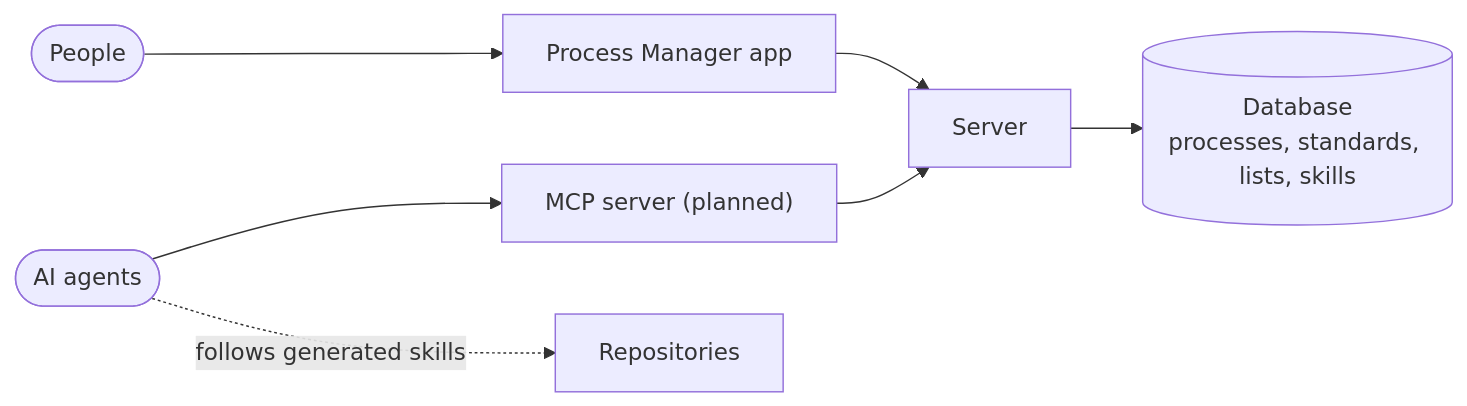
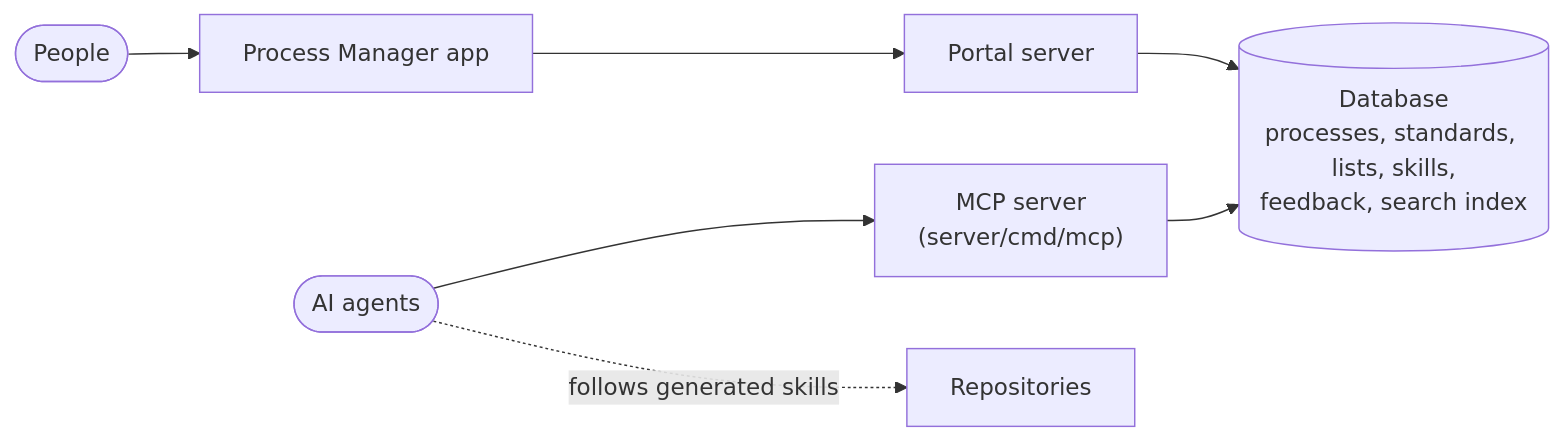
The diagram in docs/mcp.md (kubek80/process-manager), drawn with Mermaid before and after one commit. The commit also changed other lines of this file and 7 other files, not shown here.

First line of the commit message:
Work in progress: the MCP server; Go modules tidied

````diff
--- a/docs/mcp.md
+++ b/docs/mcp.md
@@ -9,9 +5,9 @@
 ```mermaid
 flowchart LR
-  db[("Database<br/>processes, standards, lists, skills")]
-  app["Process Manager app"] --> server["Server"] --> db
-  mcp["MCP server (planned)"] --> server
+  db[("Database<br/>processes, standards, lists, skills,<br/>feedback, search index")]
+  app["Process Manager app"] --> server["Portal server"] --> db
+  mcp["MCP server<br/>(server/cmd/mcp)"] --> db
   human(["People"]) --> app
   agent(["AI agents"]) --> mcp
   agent -. "follows generated skills" .-> repos["Repositories"]
 ```
````
